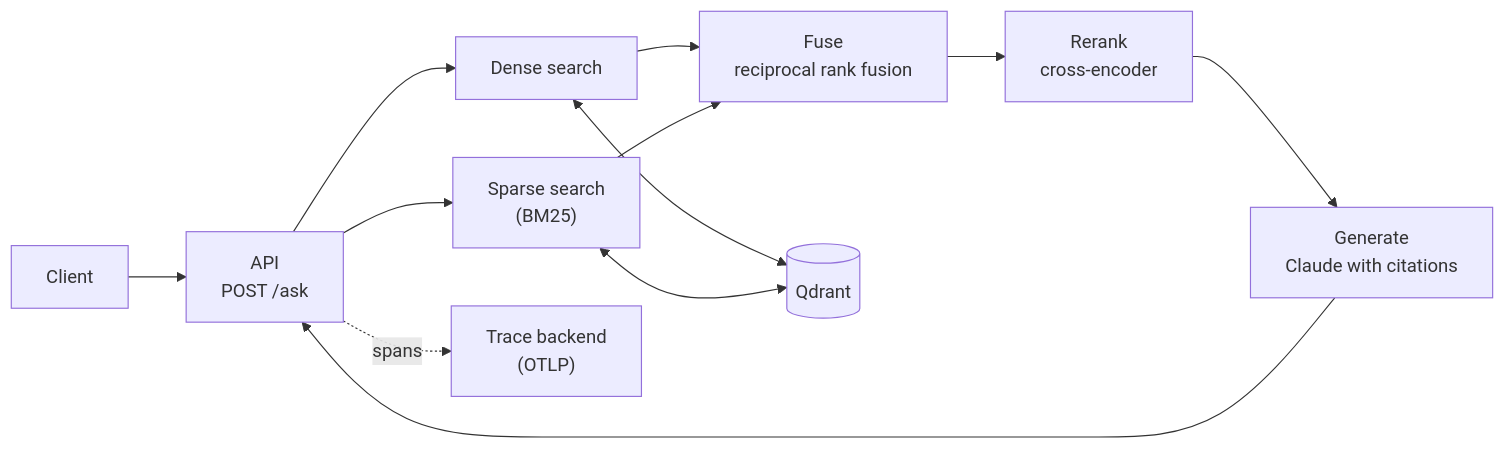
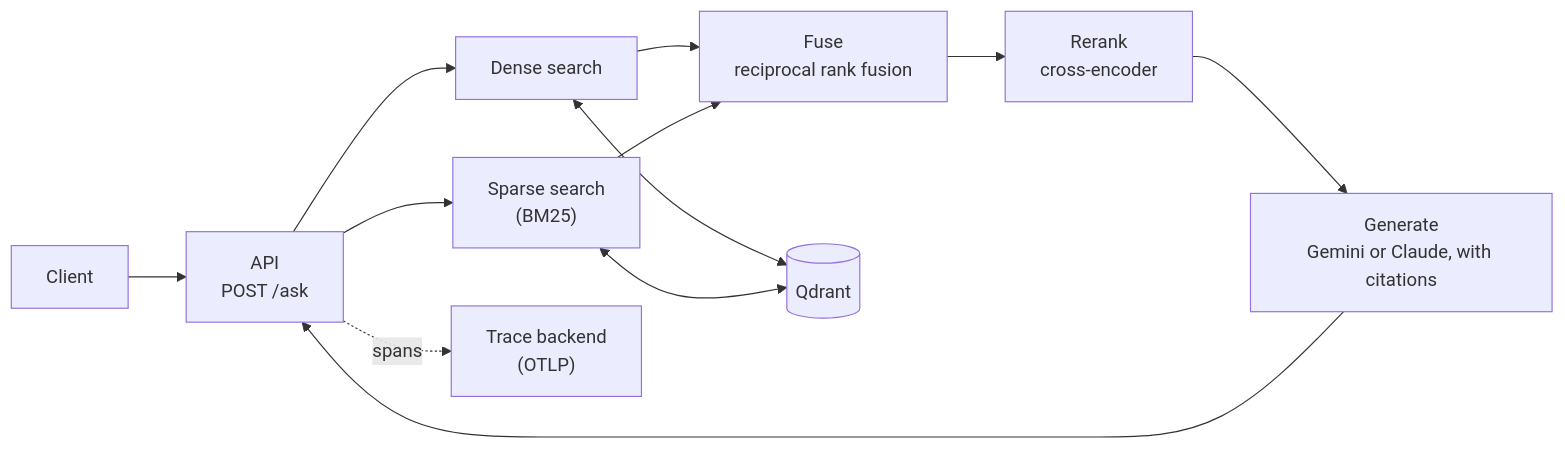
The second of 3 diagrams in docs/architecture.md (MumukshuPanchal/handbook-rag), drawn with Mermaid before and after one commit. The commit also changed other lines of this file and 6 other files, not shown here.

````diff
--- a/docs/architecture.md
+++ b/docs/architecture.md
@@ -39,14 +39,14 @@
 ```mermaid
 flowchart LR
     U["Client"] --> API["API<br/>POST /ask"]
     API --> R1["Dense search"]
     API --> R2["Sparse search<br/>(BM25)"]
     R1 --> F["Fuse<br/>reciprocal rank fusion"]
     R2 --> F
     F --> RR["Rerank<br/>cross-encoder"]
-    RR --> G["Generate<br/>Claude with citations"]
+    RR --> G["Generate<br/>Gemini or Claude, with citations"]
     G --> API
     R1 <--> Q[("Qdrant")]
     R2 <--> Q
     API -. "spans" .-> T["Trace backend<br/>(OTLP)"]
 ```
````
